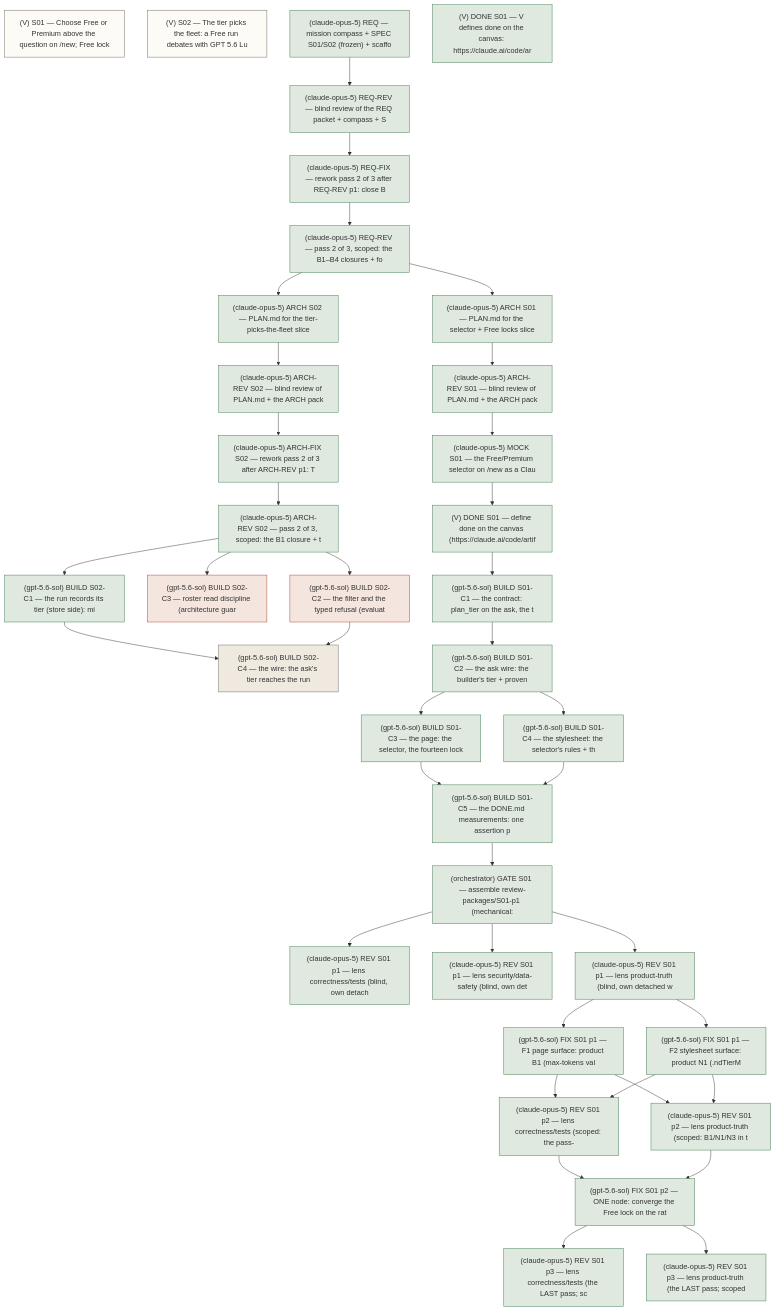
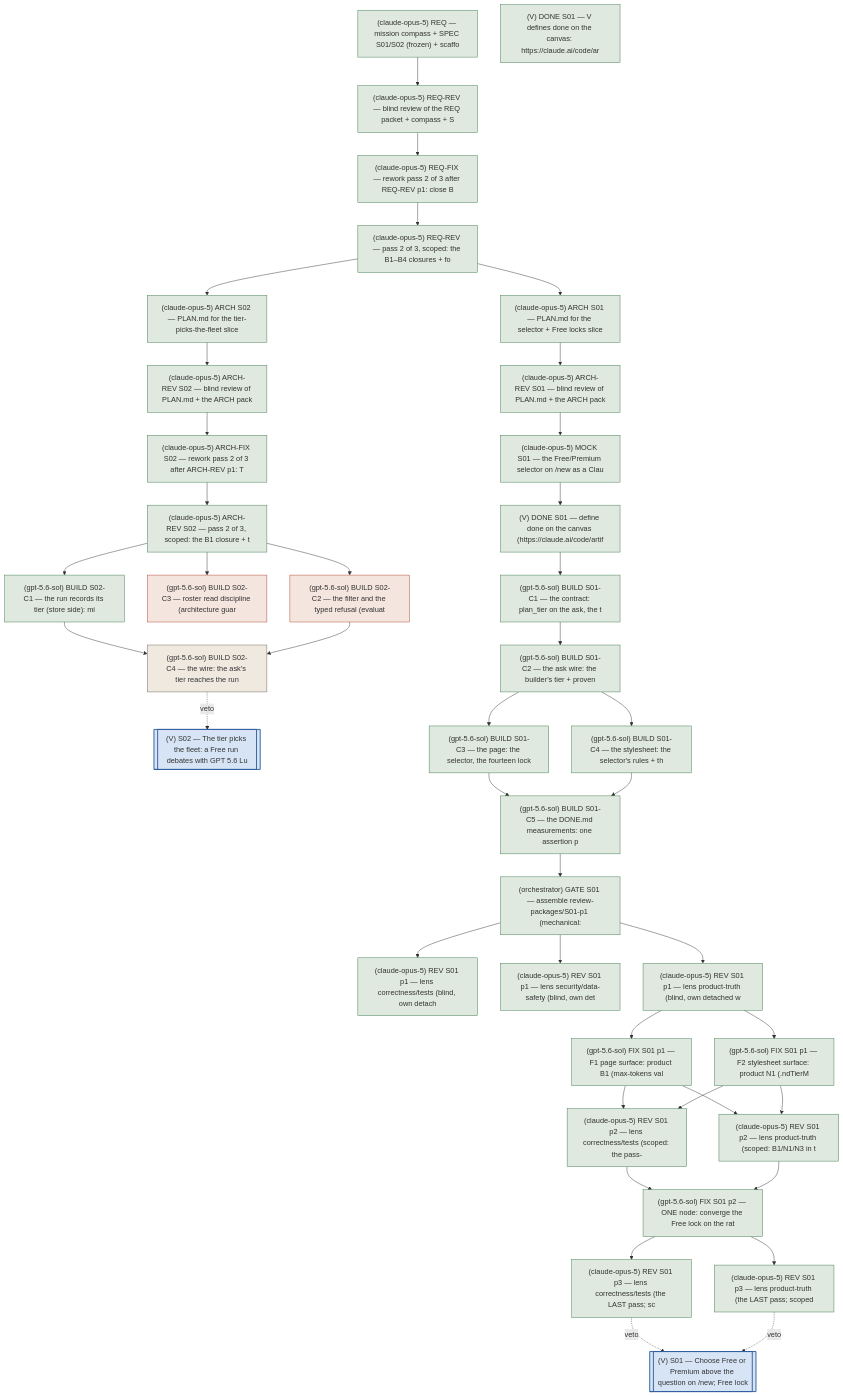
The diagram in dialectical-engine/.hermes/reports/debate-tiers/mission-graph-nodes.mmd (DebateAIRO/debateairo), drawn with Mermaid before and after one commit. The commit also changed 3 other files, not shown here.

Commit message:
docs(debate-tiers): the graph with the slice-closing tickets marked

```diff
--- a/dialectical-engine/.hermes/reports/debate-tiers/mission-graph-nodes.mmd
+++ b/dialectical-engine/.hermes/reports/debate-tiers/mission-graph-nodes.mmd
@@ -1,80 +1,84 @@
 flowchart TB
-  t_11abead2["(V) S01 — Choose Free or Premium above the question on /new; Free lock"]:::ready
-  t_e4b4ab3a["(V) S02 — The tier picks the fleet: a Free run debates with GPT 5.6 Lu"]:::ready
+  t_11abead2[["(V) S01 — Choose Free or Premium above the question on /new; Free lock"]]:::slice
+  t_e4b4ab3a[["(V) S02 — The tier picks the fleet: a Free run debates with GPT 5.6 Lu"]]:::slice
   t_cb9482de["(claude-opus-5) REQ — mission compass + SPEC S01/S02 (frozen) + scaffo"]:::done
   t_e95f08a5["(claude-opus-5) REQ-REV — blind review of the REQ packet + compass + S"]:::done
   t_a4a6ea69["(claude-opus-5) REQ-FIX — rework pass 2 of 3 after REQ-REV p1: close B"]:::done
   t_485d6613["(claude-opus-5) REQ-REV — pass 2 of 3, scoped: the B1–B4 closures + fo"]:::done
   t_dfd8f52d["(claude-opus-5) ARCH S01 — PLAN.md for the selector + Free locks slice"]:::done
   t_57d602a5["(claude-opus-5) ARCH S02 — PLAN.md for the tier-picks-the-fleet slice "]:::done
   t_0e278df0["(claude-opus-5) ARCH-REV S01 — blind review of PLAN.md + the ARCH pack"]:::done
   t_08c8abe2["(claude-opus-5) ARCH-REV S02 — blind review of PLAN.md + the ARCH pack"]:::done
   t_ffb56aba["(claude-opus-5) ARCH-FIX S02 — rework pass 2 of 3 after ARCH-REV p1: T"]:::done
   t_1dc7049a["(claude-opus-5) ARCH-REV S02 — pass 2 of 3, scoped: the B1 closure + t"]:::done
   t_54027d98["(claude-opus-5) MOCK S01 — the Free/Premium selector on /new as a Clau"]:::done
   t_f05c54bd["(V) DONE S01 — V defines done on the canvas: https://claude.ai/code/ar"]:::done
   t_e82bc6b0["(V) DONE S01 — define done on the canvas (https://claude.ai/code/artif"]:::done
   t_422678f3["(gpt-5.6-sol) BUILD S02-C1 — the run records its tier (store side): mi"]:::done
   t_7273eea5["(gpt-5.6-sol) BUILD S02-C3 — roster read discipline (architecture guar"]:::blocked
   t_1675b61f["(gpt-5.6-sol) BUILD S02-C2 — the filter and the typed refusal (evaluat"]:::blocked
   t_05227ae2["(gpt-5.6-sol) BUILD S02-C4 — the wire: the ask's tier reaches the run "]:::todo
   t_a682a931["(gpt-5.6-sol) BUILD S01-C1 — the contract: plan_tier on the ask, the t"]:::done
   t_085d4fa4["(gpt-5.6-sol) BUILD S01-C2 — the ask wire: the builder's tier + proven"]:::done
   t_d1dc1913["(gpt-5.6-sol) BUILD S01-C3 — the page: the selector, the fourteen lock"]:::done
   t_cd5642d0["(gpt-5.6-sol) BUILD S01-C4 — the stylesheet: the selector's rules + th"]:::done
   t_6e2413b7["(gpt-5.6-sol) BUILD S01-C5 — the DONE.md measurements: one assertion p"]:::done
   t_7be7acf3["(orchestrator) GATE S01 — assemble review-packages/S01-p1 (mechanical:"]:::done
   t_df524f91["(claude-opus-5) REV S01 p1 — lens correctness/tests (blind, own detach"]:::done
   t_660e86e5["(claude-opus-5) REV S01 p1 — lens security/data-safety (blind, own det"]:::done
   t_8ea6c036["(claude-opus-5) REV S01 p1 — lens product-truth (blind, own detached w"]:::done
   t_db4c7267["(gpt-5.6-sol) FIX S01 p1 — F1 page surface: product B1 (max-tokens val"]:::done
   t_95c01e3d["(gpt-5.6-sol) FIX S01 p1 — F2 stylesheet surface: product N1 (.ndTierM"]:::done
   t_f8494fff["(claude-opus-5) REV S01 p2 — lens correctness/tests (scoped: the pass-"]:::done
   t_4fcba563["(claude-opus-5) REV S01 p2 — lens product-truth (scoped: B1/N1/N3 in t"]:::done
   t_62644380["(gpt-5.6-sol) FIX S01 p2 — ONE node: converge the Free lock on the rat"]:::done
   t_479e4751["(claude-opus-5) REV S01 p3 — lens correctness/tests (the LAST pass; sc"]:::done
   t_19085d3f["(claude-opus-5) REV S01 p3 — lens product-truth (the LAST pass; scoped"]:::done
   t_cb9482de --> t_e95f08a5
   t_e95f08a5 --> t_a4a6ea69
   t_a4a6ea69 --> t_485d6613
   t_485d6613 --> t_dfd8f52d
   t_485d6613 --> t_57d602a5
   t_dfd8f52d --> t_0e278df0
   t_57d602a5 --> t_08c8abe2
   t_08c8abe2 --> t_ffb56aba
   t_ffb56aba --> t_1dc7049a
   t_0e278df0 --> t_54027d98
   t_54027d98 --> t_e82bc6b0
   t_1dc7049a --> t_422678f3
   t_1dc7049a --> t_7273eea5
   t_1dc7049a --> t_1675b61f
   t_422678f3 --> t_05227ae2
   t_1675b61f --> t_05227ae2
   t_e82bc6b0 --> t_a682a931
   t_a682a931 --> t_085d4fa4
   t_085d4fa4 --> t_d1dc1913
   t_085d4fa4 --> t_cd5642d0
   t_d1dc1913 --> t_6e2413b7
   t_cd5642d0 --> t_6e2413b7
   t_6e2413b7 --> t_7be7acf3
   t_7be7acf3 --> t_df524f91
   t_7be7acf3 --> t_660e86e5
   t_7be7acf3 --> t_8ea6c036
   t_8ea6c036 --> t_db4c7267
   t_8ea6c036 --> t_95c01e3d
   t_db4c7267 --> t_f8494fff
   t_95c01e3d --> t_f8494fff
   t_db4c7267 --> t_4fcba563
   t_95c01e3d --> t_4fcba563
   t_f8494fff --> t_62644380
   t_4fcba563 --> t_62644380
   t_62644380 --> t_479e4751
   t_62644380 --> t_19085d3f
+  t_479e4751 -. veto .-> t_11abead2
+  t_19085d3f -. veto .-> t_11abead2
+  t_05227ae2 -. veto .-> t_e4b4ab3a
   classDef done fill:#dfe9df,stroke:#3E7A4E
   classDef running fill:#f3ece0,stroke:#A8823E
   classDef ready fill:#fdfbf6,stroke:#6E675C
   classDef review fill:#e6e8e8,stroke:#3D5A80
   classDef blocked fill:#f4e5de,stroke:#B0432F
   classDef todo fill:#efe9e0,stroke:#6E675C
   classDef scheduled fill:#efe9e0,stroke:#6E675C
   classDef triage fill:#efe9e0,stroke:#6E675C
+  classDef slice fill:#d6e4f5,stroke:#2F5D9E,stroke-width:2px
```
